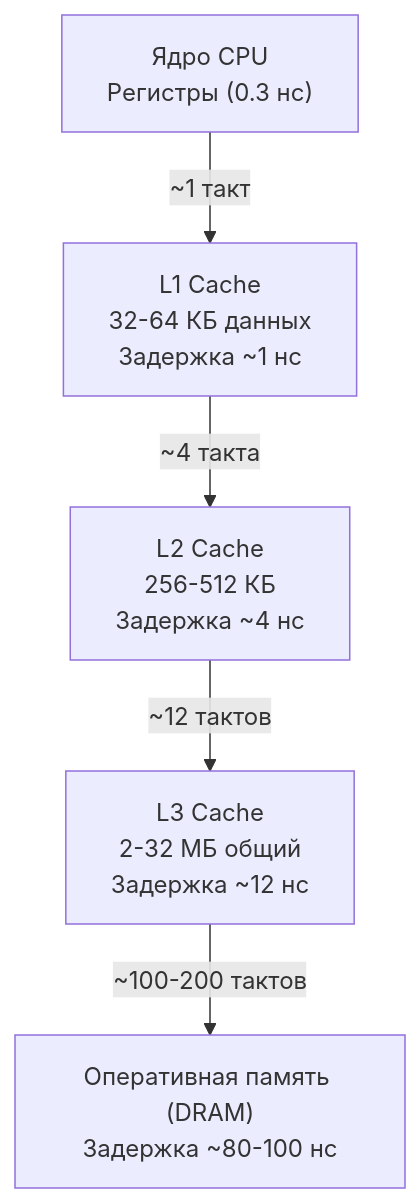
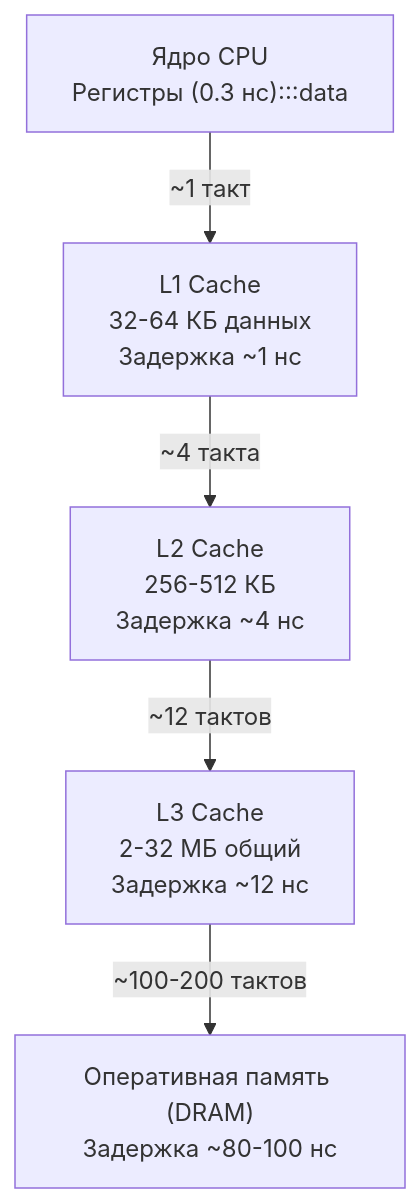
The diagram in sources/16. Профилирование, отладка и производительность/03. CPU profiling/8. Cache friendliness.md (UnrealTemplier/go-textbook), drawn with Mermaid before and after one commit. The commit also changed 1666 other files, not shown here.

First line of the commit message:
feat(mermaid): add semantic color classDef to 1369 colorless flowchart/graph diagrams

````diff
--- a/sources/16. Профилирование, отладка и производительность/03. CPU profiling/8. Cache friendliness.md
+++ b/sources/16. Профилирование, отладка и производительность/03. CPU profiling/8. Cache friendliness.md
@@ -33,7 +33,17 @@
 ```mermaid
 flowchart TD
-    CPU["Ядро CPU<br>Регистры (0.3 нс)"] -->|"~1 такт"| L1["L1 Cache<br>32-64 КБ данных<br>Задержка ~1 нс"]
+    classDef process  fill:#1e293b,stroke:#38bdf8,stroke-width:1px,color:#f8fafc
+    classDef success  fill:#064e3b,stroke:#34d399,stroke-width:1px,color:#f8fafc
+    classDef error    fill:#7f1d1d,stroke:#f87171,stroke-width:1px,color:#f8fafc
+    classDef warning  fill:#78350f,stroke:#fbbf24,stroke-width:1px,color:#f8fafc
+    classDef entry    fill:#1e3a5f,stroke:#38bdf8,stroke-width:2px,color:#f8fafc
+    classDef aux      fill:#334155,stroke:#64748b,stroke-width:1px,color:#f8fafc
+    classDef system   fill:#312e81,stroke:#a78bfa,stroke-width:1px,color:#f8fafc
+    classDef data     fill:#132d29,stroke:#2dd4bf,stroke-width:1px,color:#f8fafc
+    classDef network  fill:#881337,stroke:#fb7185,stroke-width:1px,color:#f8fafc
+    classDef accent   fill:#1e1b4b,stroke:#818cf8,stroke-width:1px,color:#f8fafc
+    CPU["Ядро CPU<br>Регистры (0.3 нс):::data"] -->|"~1 такт"| L1["L1 Cache<br>32-64 КБ данных<br>Задержка ~1 нс"]
     L1 -->|"~4 такта"| L2["L2 Cache<br>256-512 КБ<br>Задержка ~4 нс"]
     L2 -->|"~12 тактов"| L3["L3 Cache<br>2-32 МБ общий<br>Задержка ~12 нс"]
     L3 -->|"~100-200 тактов"| RAM["Оперативная память (DRAM)<br>Задержка ~80-100 нс"]
 ```
````
